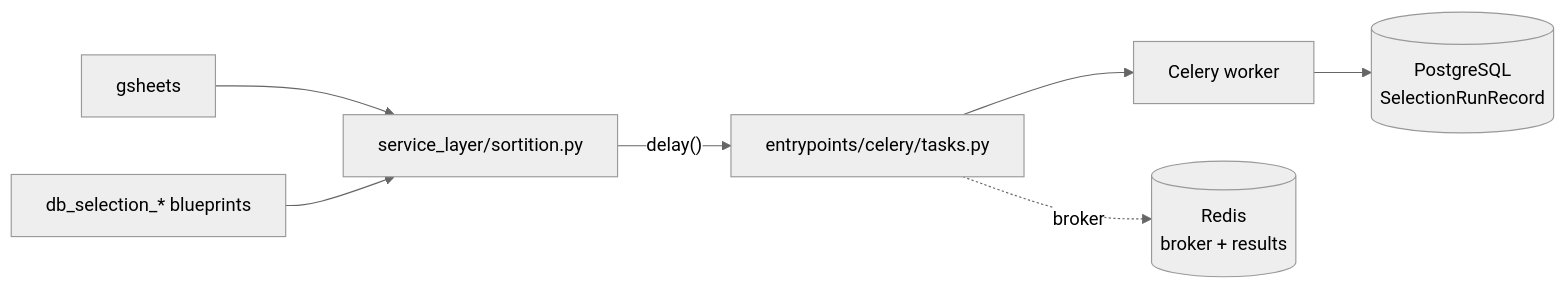
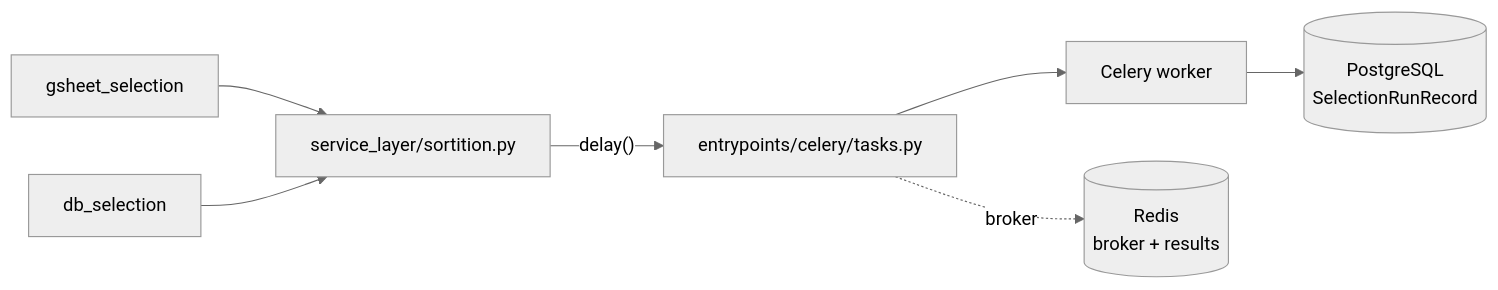
One commit to sortitionfoundation/opendlp changed the second of 3 diagrams in backend/docs/architecture.md. Above: the diagram before and after it, drawn with Mermaid (neutral theme). The commit also changed other lines of this file and 4 other files, not shown here.

Commit message:
docs: name the selection, gsheet_selection and db_selection blueprints

````diff
--- a/backend/docs/architecture.md
+++ b/backend/docs/architecture.md
@@ -359,17 +360,17 @@
 ```mermaid
 flowchart LR
-    gsheets_bp[gsheets]
-    db_sel_bp[db_selection_* blueprints]
+    gsheet_sel_bp[gsheet_selection]
+    db_sel_bp[db_selection]
     sortition_svc[service_layer/sortition.py]
     tasks[entrypoints/celery/tasks.py]
     worker[Celery worker]
     pg[(PostgreSQL<br/>SelectionRunRecord)]
     redis[(Redis<br/>broker + results)]
 
-    gsheets_bp --> sortition_svc
+    gsheet_sel_bp --> sortition_svc
     db_sel_bp --> sortition_svc
     sortition_svc -->|"delay()"| tasks
     tasks --> worker
     worker --> pg
     tasks -.->|broker| redis
 ```
````
